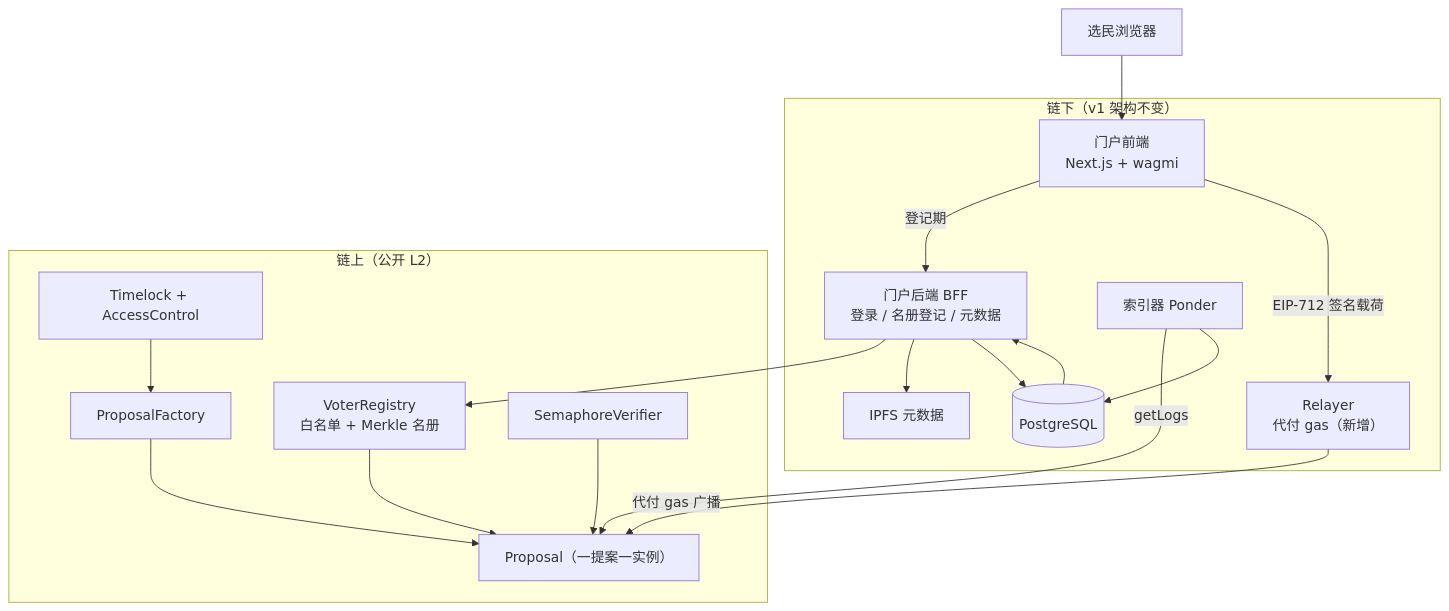
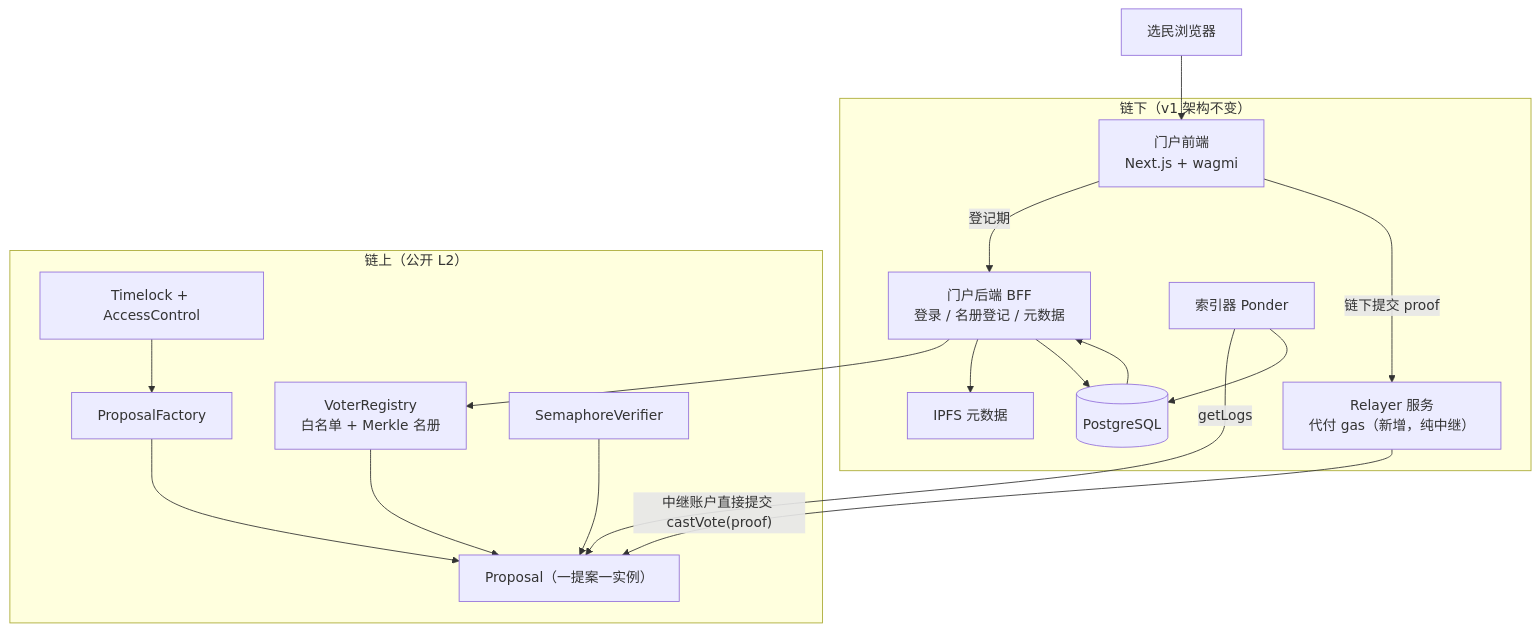
The first of 2 diagrams in docs/区块链去中心化投票系统-实现方案-v2.md (timje666/xukaidechangku), drawn with Mermaid before and after one commit. The commit also changed other lines of this file and 11 other files, not shown here.

````diff
--- a/docs/区块链去中心化投票系统-实现方案-v2.md
+++ b/docs/区块链去中心化投票系统-实现方案-v2.md
@@ -137,33 +138,33 @@
 ```mermaid
 flowchart TB
   subgraph OFF["链下（v1 架构不变）"]
     A["门户前端<br/>Next.js + wagmi"]
     B["门户后端 BFF<br/>登录 / 名册登记 / 元数据"]
     C[("PostgreSQL")]
     D["IPFS 元数据"]
     E["索引器 Ponder"]
-    R["Relayer<br/>代付 gas（新增）"]
+    R["Relayer 服务<br/>代付 gas（新增，纯中继）"]
   end
   subgraph ON["链上（公开 L2）"]
     F["ProposalFactory"]
     G["Proposal（一提案一实例）"]
     H["VoterRegistry<br/>白名单 + Merkle 名册"]
     I["SemaphoreVerifier"]
     J["Timelock + AccessControl"]
   end
   W["选民浏览器"]
   W --> A
   A -->|"登记期"| B
   B --> H
   B --> D
   B --> C
-  A -->|"EIP-712 签名载荷"| R
-  R -->|"代付 gas 广播"| G
+  A -->|"链下提交 proof"| R
+  R -->|"中继账户直接提交 castVote(proof)"| G
   E -->|"getLogs"| G
   E --> C
   C --> B
   J --> F
   F --> G
   H --> G
   I --> G
 ```
````
